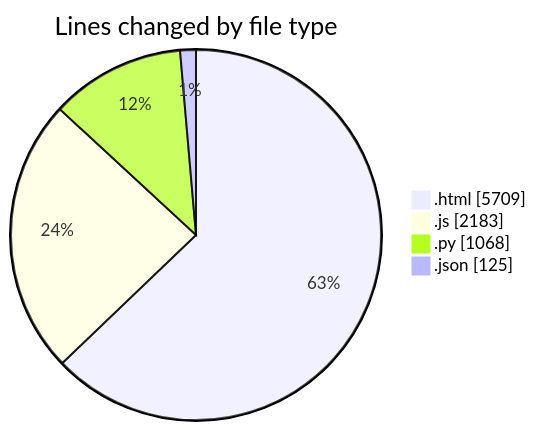
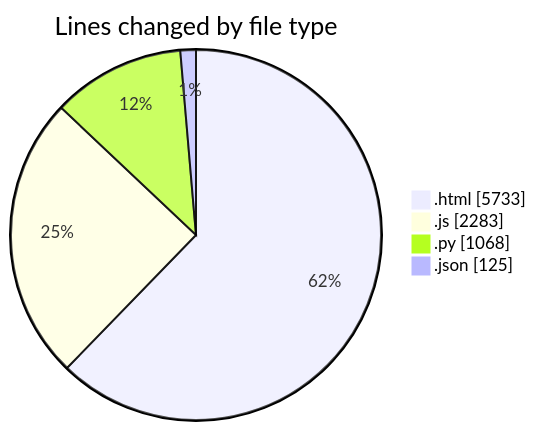
The first of 2 diagrams in 2026-07-15/shibass-ai/README.md (shibass792/code-tracking), drawn with Mermaid before and after one commit. The commit also changed other lines of this file and 1 other file, not shown here.

````diff
--- a/2026-07-15/shibass-ai/README.md
+++ b/2026-07-15/shibass-ai/README.md
@@ -30,8 +30,8 @@
 ```mermaid
 pie showData
 title Lines changed by file type
-".html" : 5709
-".js" : 2183
+".html" : 5733
+".js" : 2283
 ".py" : 1068
 ".json" : 125
 ```
````
